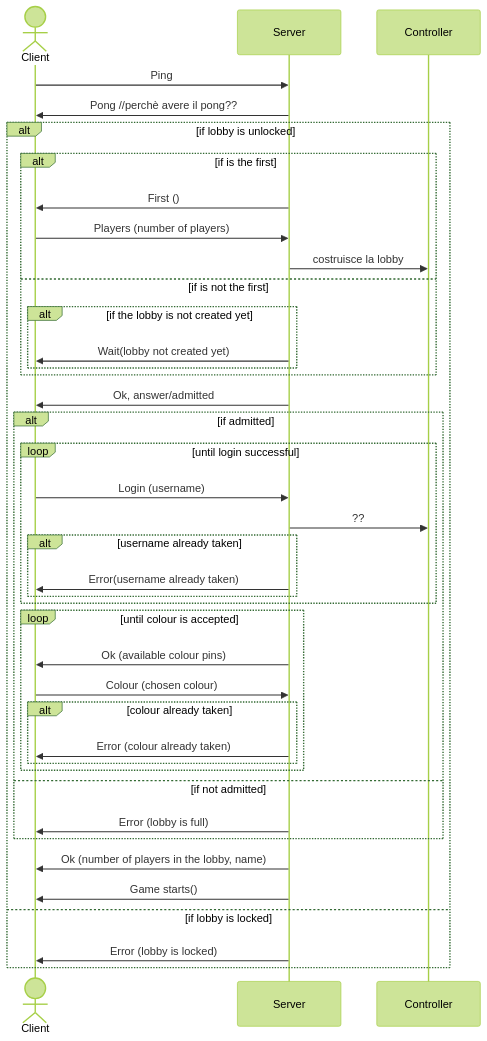
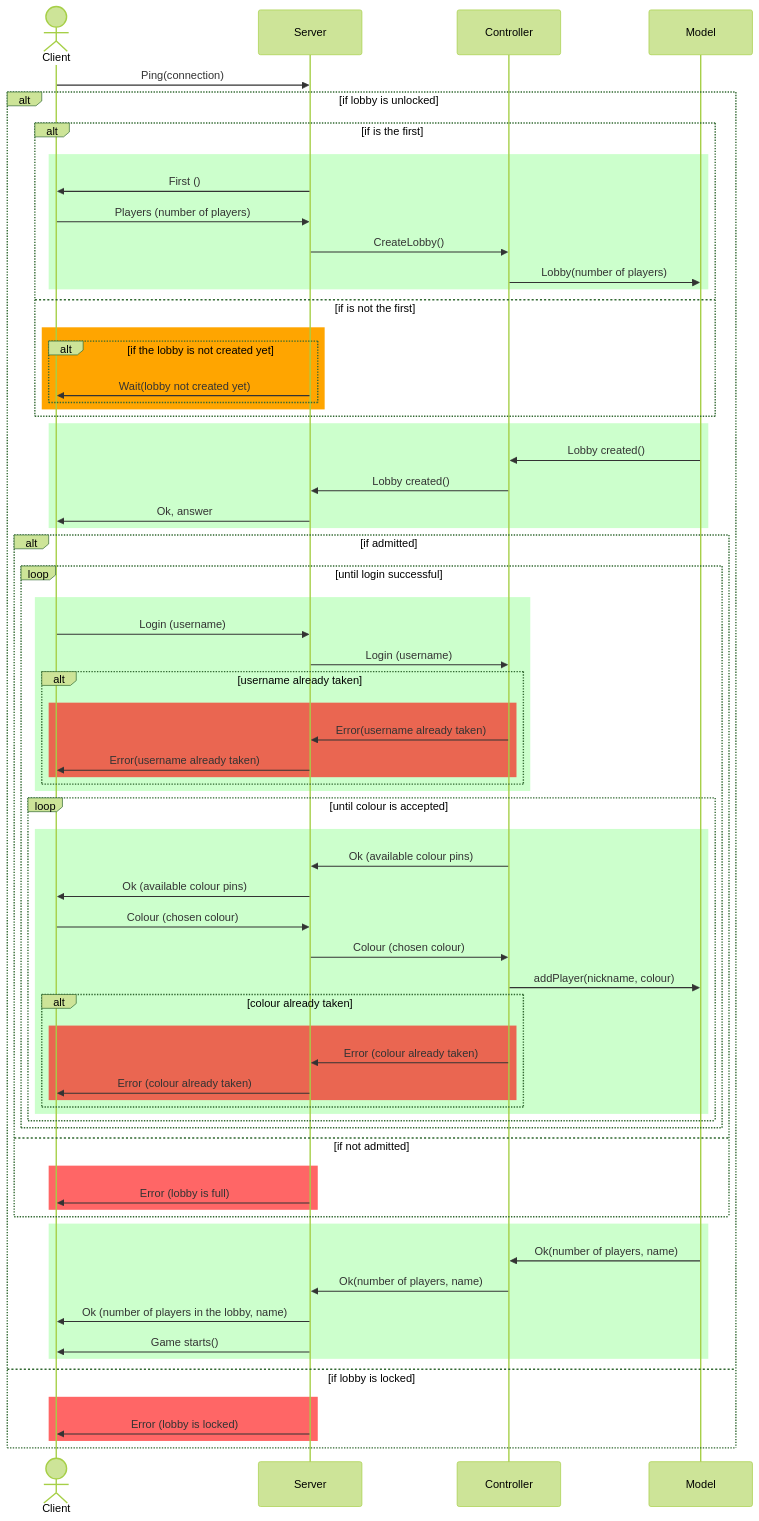
One commit to TheCaptainCraken/IS24-AM26 changed the first of 6 diagrams in deliverables/connection-serius.md. Above: the diagram before and after it, drawn with Mermaid (forest theme). The commit also changed other lines of this file, not shown here.

Commit message:
Introduce connection lost and better sequence

````diff
--- a/deliverables/connection-serius.md
+++ b/deliverables/connection-serius.md
@@ -5,44 +14,75 @@
 ```mermaid
 sequenceDiagram
     actor Client
     participant Server
     participant Controller
 
-    Client ->> Server: Ping
-    Server ->> Client: Pong //perchè avere il pong??
+    Client ->> Server: Ping(connection)
     alt if lobby is unlocked
         alt if is the first
+            rect rgba(0, 255, 0, 0.2)
             Server ->> Client: First ()
             Client ->> Server: Players (number of players)
-            Server ->> Controller: costruisce la lobby
+            Server ->> Controller: CreateLobby()
+            Controller  ->> Model: Lobby(number of players)
+            end
         else if is not the first
+            rect rgba(255, 165, 0, 1)
             alt if the lobby is not created yet
                 Server ->> Client:  Wait(lobby not created yet) 
-            end   
+            end  
+            end
         end
-        Server ->> Client: Ok, answer/admitted
+
+        rect rgba(0, 255, 0, 0.2)
+        Model ->> Controller: Lobby created()
+        Controller ->> Server: Lobby created()
+        Server ->> Client: Ok, answer
+        end
         alt if admitted
             loop until login successful
+                rect rgba(0, 255, 0, 0.2)
                 Client ->> Server: Login (username)
-                Server ->> Controller: ??
+                Server ->> Controller: Login (username)
                     alt username already taken
+                        rect rgba(255, 0, 0, 0.6)
+                        Controller ->> Server: Error(username already taken)
                         Server ->> Client: Error(username already taken)
+                        end
                     end
             end
               loop until colour is accepted
+              rect rgba(0, 255, 0, 0.2)
+                  Controller ->> Server: Ok (available colour pins)
                   Server ->> Client: Ok (available colour pins)
                   Client ->> Server: Colour (chosen colour)
+                  Server ->> Controller: Colour (chosen colour)
+                  Controller ->> Model: addPlayer(nickname, colour)
                   alt colour already taken
+                    rect rgba(255, 0, 0, 0.6)
+                    Controller ->> Server: Error (colour already taken)
                     Server ->> Client: Error (colour already taken) 
+                    end
+                  end
                   end
             end
+            end
         else if not admitted
+            rect rgba(255, 0, 0, 0.6)
             Server ->> Client: Error (lobby is full)
+            end
         end
+        rect rgba(0, 255, 0, 0.2)
+        Model ->> Controller: Ok(number of players, name)
+        Controller ->> Server: Ok(number of players, name)
         Server ->> Client: Ok (number of players in the lobby, name)
         Server ->> Client: Game starts()
+        end
+        
     else if lobby is locked
+        rect rgba(255, 0, 0, 0.6)
         Server ->> Client: Error (lobby is locked)
+        end
     end
 
 ```
````
